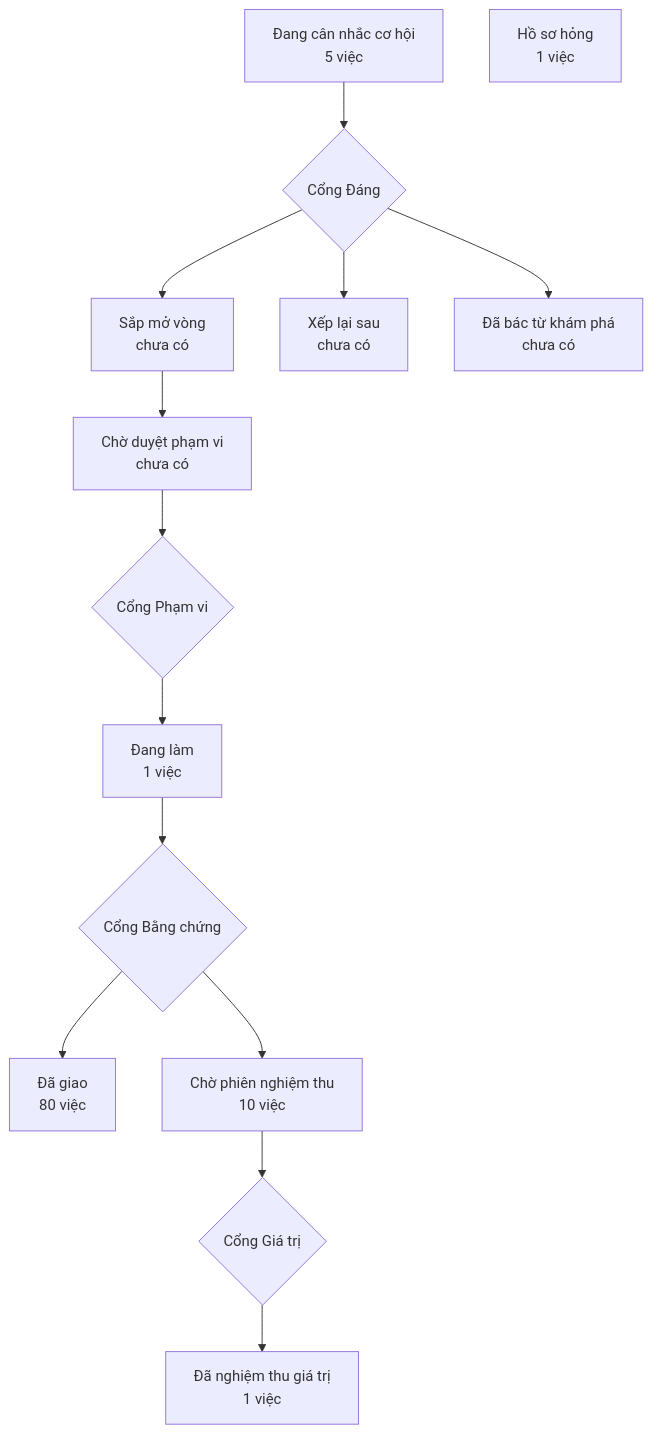
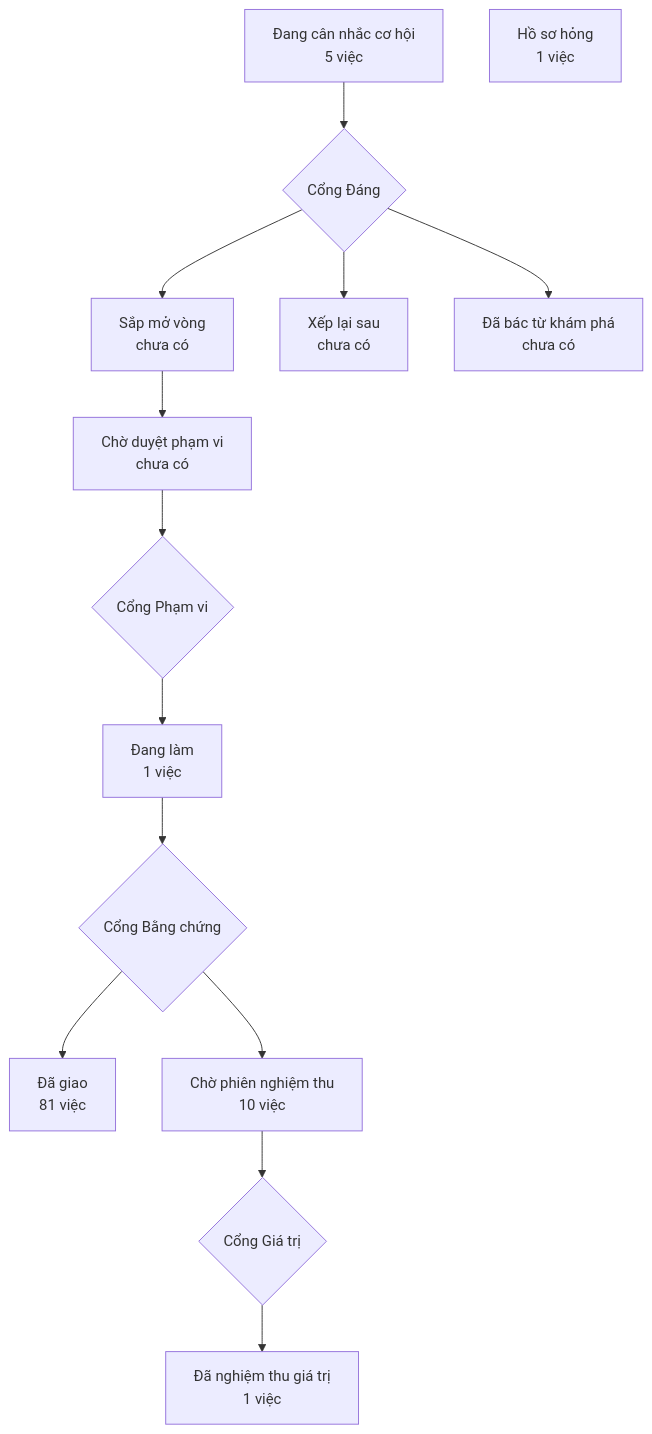
Before and after one commit to phanlemanh/crm-onehub: the diagram in PRODUCT-MAP.md, drawn with Mermaid.

Commit message:
chore: vẽ lại PRODUCT-MAP.md sau gộp onehub #146

````diff
--- a/PRODUCT-MAP.md
+++ b/PRODUCT-MAP.md
@@ -6,13 +6,13 @@
 ```mermaid
 flowchart TD
   A["Đang cân nhắc cơ hội<br/>5 việc"] --> GD{"Cổng Đáng"}
   GD --> B["Sắp mở vòng<br/>chưa có"]
   GD --> XL["Xếp lại sau<br/>chưa có"]
   GD --> DB["Đã bác từ khám phá<br/>chưa có"]
   B --> CD["Chờ duyệt phạm vi<br/>chưa có"] --> GP{"Cổng Phạm vi"}
   GP --> DL["Đang làm<br/>1 việc"] --> GB{"Cổng Bằng chứng"}
-  GB --> DG["Đã giao<br/>80 việc"]
+  GB --> DG["Đã giao<br/>81 việc"]
   GB --> CN["Chờ phiên nghiệm thu<br/>10 việc"] --> GG{"Cổng Giá trị"}
   GG --> NT["Đã nghiệm thu giá trị<br/>1 việc"]
   HS["Hồ sơ hỏng<br/>1 việc"]
 ```
````
